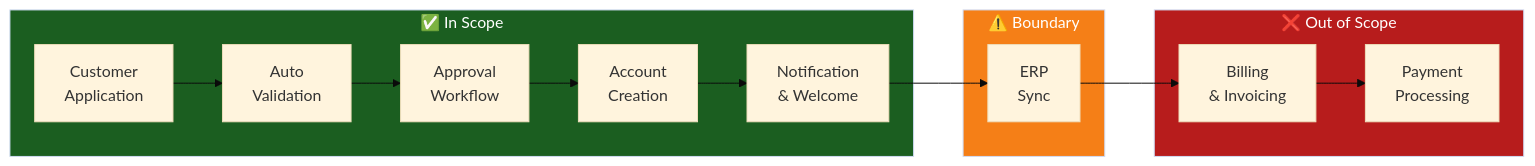
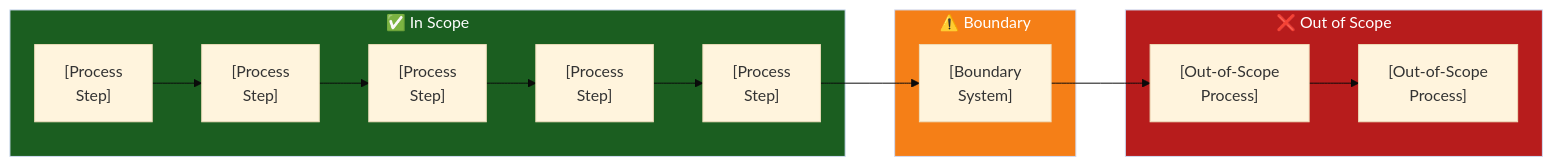
The second of 3 diagrams in document-template/01_Business_Analysis_and_strategy/Solution-Scope.md (oat431/swe-knowledge), drawn with Mermaid (base theme) before and after one commit. The commit also changed other lines of this file and 50 other files, not shown here.

````diff
--- a/document-template/01_Business_Analysis_and_strategy/Solution-Scope.md
+++ b/document-template/01_Business_Analysis_and_strategy/Solution-Scope.md
@@ -203,22 +203,22 @@
 ```mermaid
 flowchart LR
     subgraph IN["✅ In Scope"]
-        APPLY[Customer<br>Application] --> VALIDATE[Auto<br>Validation]
-        VALIDATE --> APPROVE[Approval<br>Workflow]
-        APPROVE --> CREATE[Account<br>Creation]
-        CREATE --> NOTIFY[Notification<br>& Welcome]
+        APPLY["[Process<br>Step]"] --> VALIDATE["[Process<br>Step]"]
+        VALIDATE --> APPROVE["[Process<br>Step]"]
+        APPROVE --> CREATE["[Process<br>Step]"]
+        CREATE --> NOTIFY["[Process<br>Step]"]
     end
 
     subgraph BOUNDARY["⚠️ Boundary"]
-        NOTIFY --> ERP_SYNC[ERP<br>Sync]
+        NOTIFY --> ERP_SYNC["[Boundary<br>System]"]
     end
 
     subgraph OUT["❌ Out of Scope"]
-        ERP_SYNC --> BILLING[Billing<br>& Invoicing]
-        BILLING --> PAYMENT[Payment<br>Processing]
+        ERP_SYNC --> BILLING["[Out-of-Scope<br>Process]"]
+        BILLING --> PAYMENT["[Out-of-Scope<br>Process]"]
     end
 
     style IN fill:#1b5e20,color:#fff
     style BOUNDARY fill:#f57f17,color:#fff
     style OUT fill:#b71c1c,color:#fff
 ```
````
